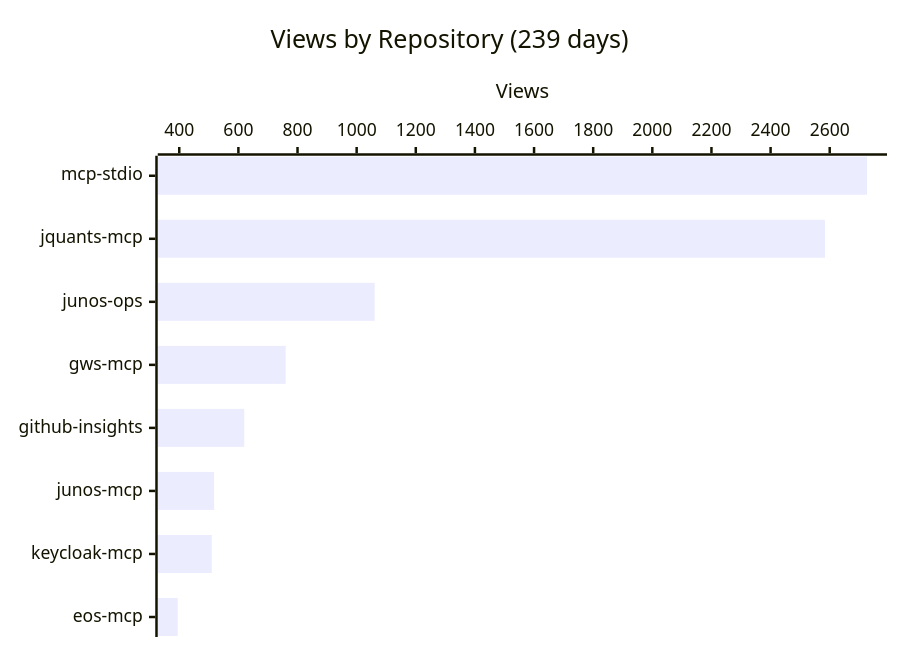
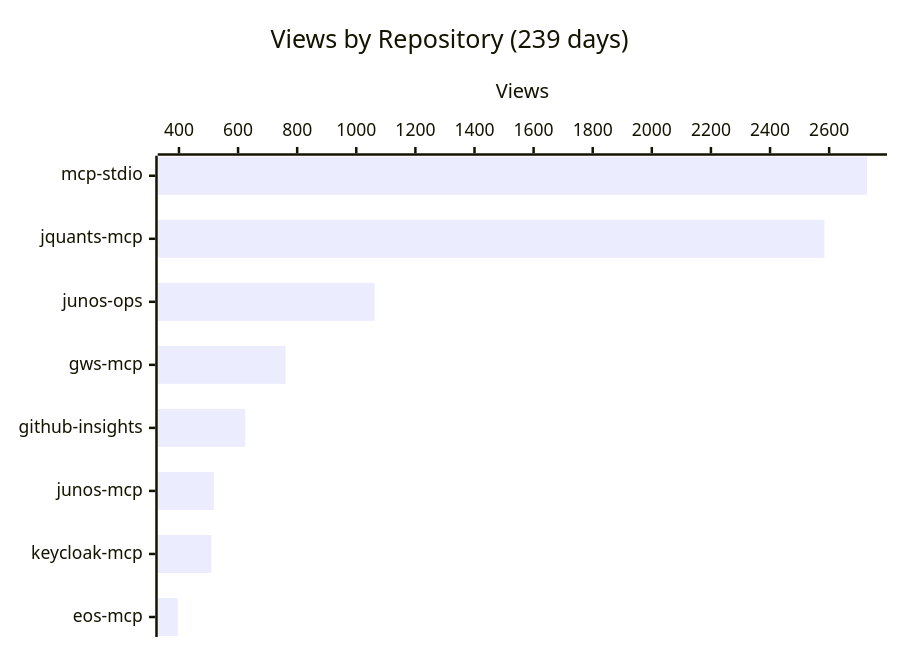
The first of 4 diagrams in README.md (shigechika/github-insights), drawn with Mermaid before and after one commit. The commit also changed other lines of this file and 1 other file, not shown here.

````diff
--- a/README.md
+++ b/README.md
@@ -18,7 +18,7 @@
 ```mermaid
 xychart-beta horizontal
     title "Views by Repository (239 days)"
     x-axis ["mcp-stdio", "jquants-mcp", "junos-ops", "gws-mcp", "github-insights", "junos-mcp", "keycloak-mcp", "eos-mcp"]
     y-axis "Views"
-    bar [2726, 2584, 1061, 760, 620, 518, 510, 395]
+    bar [2728, 2584, 1062, 761, 624, 518, 510, 396]
 ```
````
